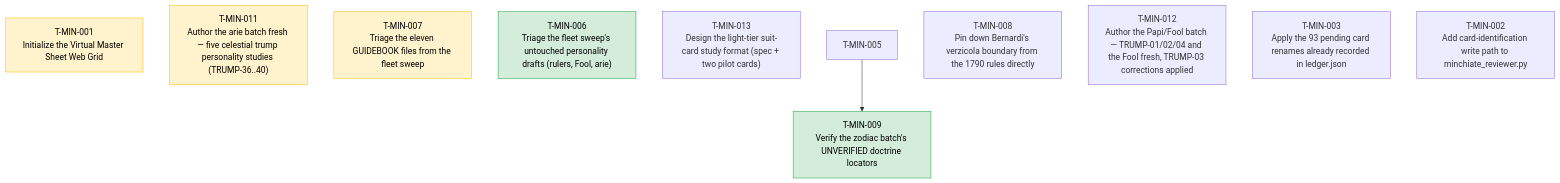
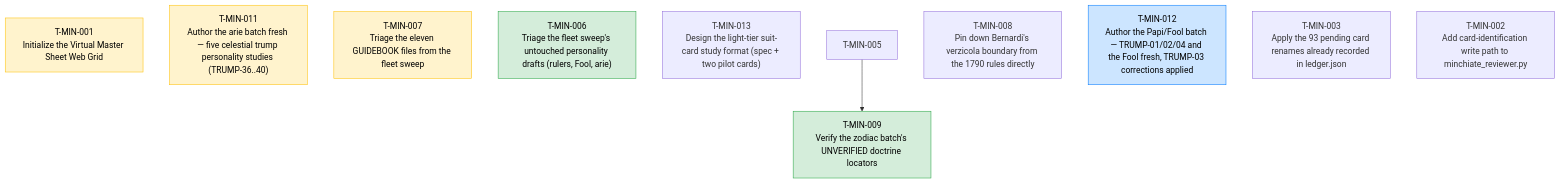
Before and after one commit to wgmilleriii/task_coordinator: the diagram in TASKS.md, drawn with Mermaid. The commit also changed other lines of this file and 1 other file, not shown here.

Commit message:
T-MIN-012: claimed by Worker-F12

````diff
--- a/TASKS.md
+++ b/TASKS.md
@@ -7,18 +7,18 @@
 ```mermaid
 graph TD
     classDef done fill:#d4edda,stroke:#28a745,color:#000;
     classDef blocked fill:#f8d7da,stroke:#dc3545,color:#000;
     classDef review fill:#fff3cd,stroke:#ffc107,color:#000;
     classDef active fill:#cce5ff,stroke:#007bff,color:#000;
     T-MIN-001["T-MIN-001<br/>Initialize the Virtual Master Sheet Web Grid"]:::review
     T-MIN-011["T-MIN-011<br/>Author the arie batch fresh — five celestial trump personality studies (TRUMP-36..40)"]:::review
     T-MIN-007["T-MIN-007<br/>Triage the eleven GUIDEBOOK files from the fleet sweep"]:::review
     T-MIN-006["T-MIN-006<br/>Triage the fleet sweep's untouched personality drafts (rulers, Fool, arie)"]:::done
     T-MIN-013["T-MIN-013<br/>Design the light-tier suit-card study format (spec + two pilot cards)"]
     T-MIN-009["T-MIN-009<br/>Verify the zodiac batch's UNVERIFIED doctrine locators"]:::done
     T-MIN-005 --> T-MIN-009
     T-MIN-008["T-MIN-008<br/>Pin down Bernardi's verzicola boundary from the 1790 rules directly"]
-    T-MIN-012["T-MIN-012<br/>Author the Papi/Fool batch — TRUMP-01/02/04 and the Fool fresh, TRUMP-03 corrections applied"]
+    T-MIN-012["T-MIN-012<br/>Author the Papi/Fool batch — TRUMP-01/02/04 and the Fool fresh, TRUMP-03 corrections applied"]:::active
     T-MIN-003["T-MIN-003<br/>Apply the 93 pending card renames already recorded in ledger.json"]
     T-MIN-002["T-MIN-002<br/>Add card-identification write path to minchiate_reviewer.py"]
 ```
````
